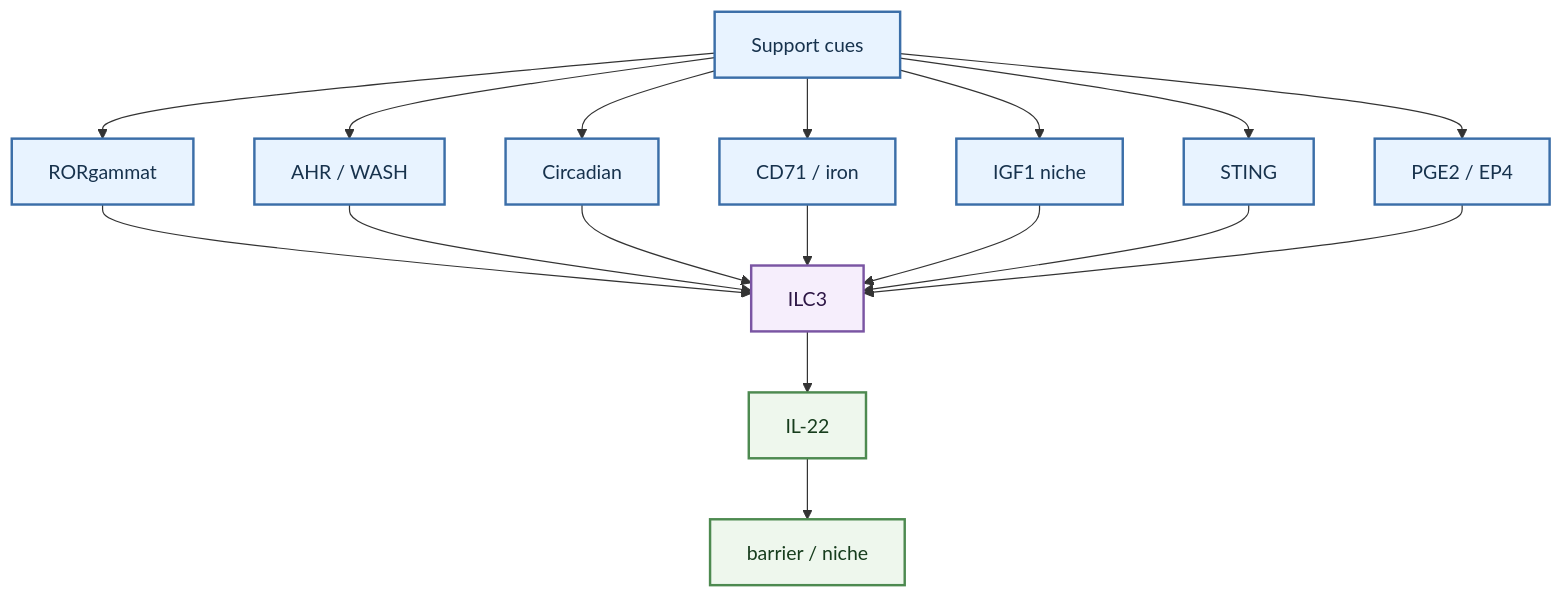
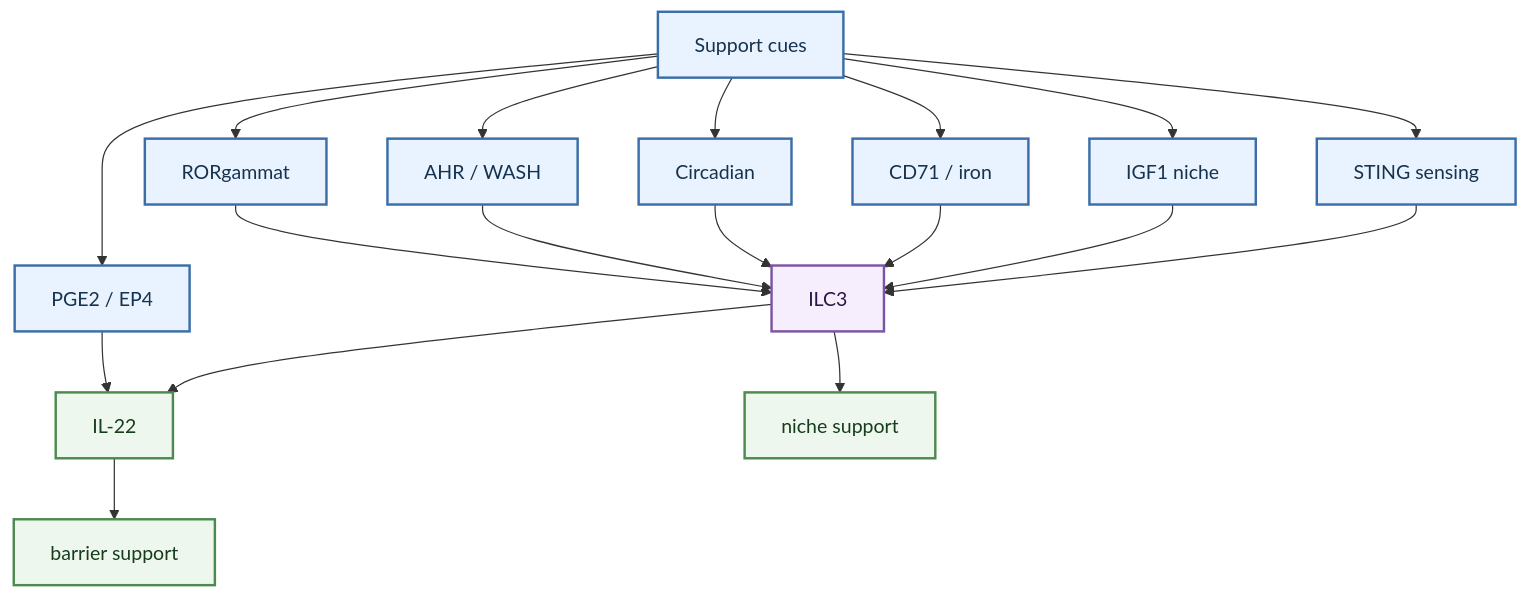
Before and after one commit to shao1116/ILC-Wiki: the first of 3 diagrams in wiki/topics/ILC3_functional_regulation_mechanisms.md, drawn with Mermaid. The commit also changed other lines of this file and 15 other files, not shown here.

````diff
--- a/wiki/topics/ILC3_functional_regulation_mechanisms.md
+++ b/wiki/topics/ILC3_functional_regulation_mechanisms.md
@@ -139,41 +162,43 @@
 ```mermaid
 flowchart TB
-    accTitle: ILC3 Identity And Maintenance
-    accDescr: Compact vertical map of ILC3 identity and maintenance programs.
+    accTitle: ILC3 Identity And IL22 Support
+    accDescr: Compact vertical map of ILC3 identity cues, sensing inputs, and IL-22-supporting crosstalk.
 
     support["Support cues"]
     rorgt["RORgammat"]
     ahr["AHR / WASH"]
     clock["Circadian"]
     iron["CD71 / iron"]
     igf1["IGF1 niche"]
-    sting["STING"]
+    sting["STING sensing"]
     pge2["PGE2 / EP4"]
     ilc3["ILC3"]
     il22["IL-22"]
-    tissue["barrier / niche"]
+    barrier["barrier support"]
+    niche["niche support"]
 
     support --> rorgt
     support --> ahr
     support --> clock
     support --> iron
     support --> igf1
     support --> sting
     support --> pge2
     rorgt --> ilc3
     ahr --> ilc3
     clock --> ilc3
     iron --> ilc3
     igf1 --> ilc3
     sting --> ilc3
-    pge2 --> ilc3
+    pge2 --> il22
     ilc3 --> il22
-    il22 --> tissue
+    il22 --> barrier
+    ilc3 --> niche
 
     classDef support_class fill:#e8f3ff,stroke:#3b6ea8,stroke-width:2px,color:#17324d
     classDef cell fill:#f6eefc,stroke:#7a55a3,stroke-width:2px,color:#2d1645
     classDef out fill:#eef7ed,stroke:#4d8a50,stroke-width:2px,color:#173d1d
     class support,rorgt,ahr,clock,iron,igf1,sting,pge2 support_class
     class ilc3 cell
-    class il22,tissue out
+    class il22,barrier,niche out
 ```
````
